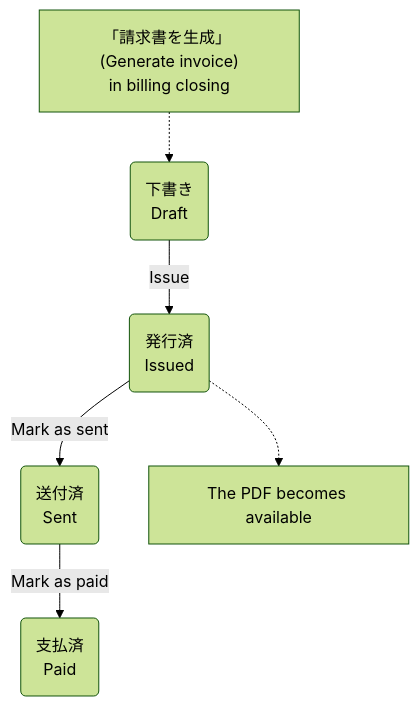
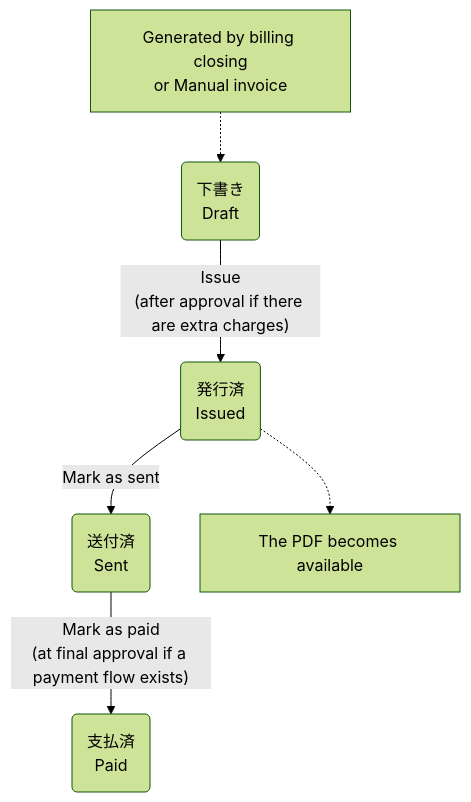
The diagram in coolify/apps/nextjs-web/content/manual/operations/billing/invoice/user.en.md (Kuisin/ckk-tool-v3), drawn with Mermaid (forest theme) before and after one commit. The commit also changed other lines of this file and 137 other files, not shown here.

````diff
--- a/coolify/apps/nextjs-web/content/manual/operations/billing/invoice/user.en.md
+++ b/coolify/apps/nextjs-web/content/manual/operations/billing/invoice/user.en.md
@@ -75,8 +77,8 @@
 ```mermaid
 flowchart TD
-  bc["「請求書を生成」 (Generate invoice)<br/>in billing closing"] -.-> draft("下書き<br/>Draft"):::gray
-  draft -->|"Issue"| iss("発行済<br/>Issued"):::blue
+  bc["Generated by billing closing<br/>or Manual invoice"] -.-> draft("下書き<br/>Draft"):::gray
+  draft -->|"Issue<br/>(after approval if there are extra charges)"| iss("発行済<br/>Issued"):::blue
   iss -->|"Mark as sent"| sent("送付済<br/>Sent"):::violet
-  sent -->|"Mark as paid"| paid("支払済<br/>Paid"):::green
+  sent -->|"Mark as paid<br/>(at final approval if a payment flow exists)"| paid("支払済<br/>Paid"):::green
   iss -.-> pdf["The PDF becomes available"]
 ```
````
